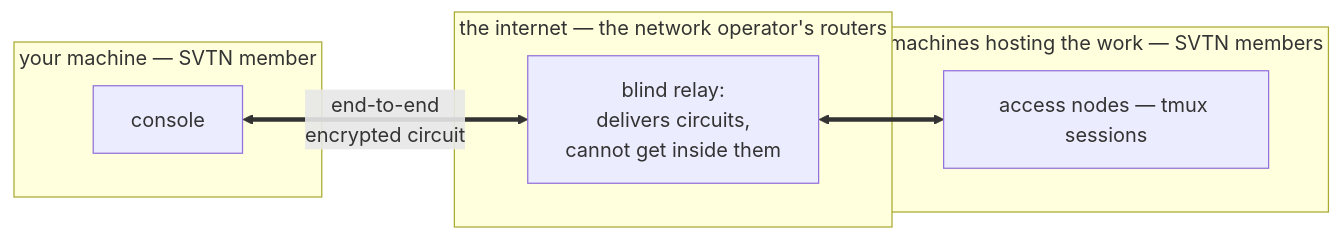
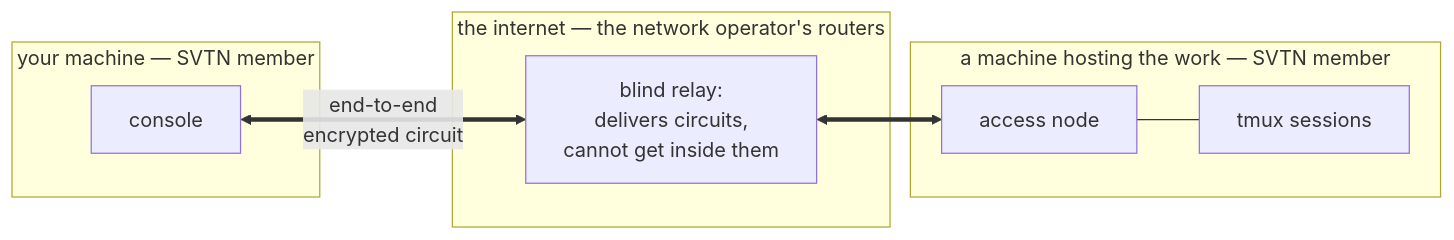
Before and after one commit to ArcavenAE/switchboard-blue: the first of 7 diagrams in docs/architecture.md, drawn with Mermaid. The commit also changed 4 other files, not shown here.

First line of the commit message:
docs(diagrams): one box per machine — access node is 1:1 with its computer

````diff
--- a/docs/architecture.md
+++ b/docs/architecture.md
@@ -36,14 +36,14 @@
 ```mermaid
 graph LR
     subgraph yours["your machine — SVTN member"]
         CN0["console"]
     end
     subgraph carrier["the internet — the network operator's routers"]
         R0["blind relay:<br/>delivers circuits,<br/>cannot get inside them"]
     end
-    subgraph work0["machines hosting the work — SVTN members"]
-        AN0["access nodes — tmux sessions"]
+    subgraph work0["a machine hosting the work — SVTN member"]
+        AN0["access node"] --- TM0["tmux sessions"]
     end
     CN0 <==>|"end-to-end<br/>encrypted circuit"| R0
     R0 <==> AN0
 ```
````
